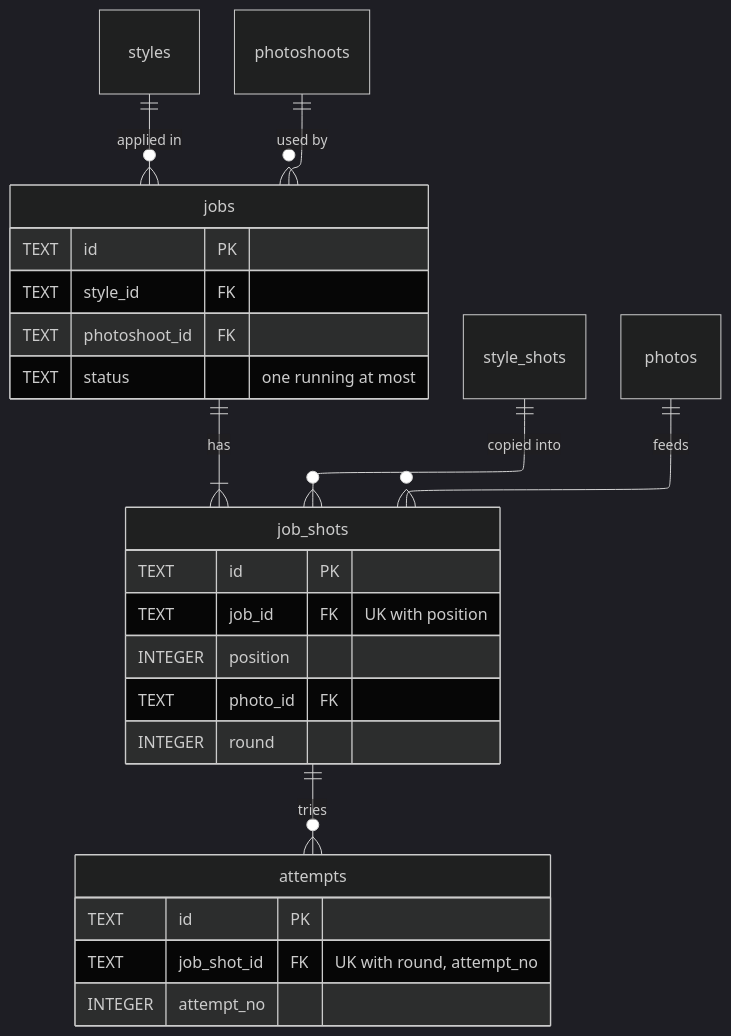
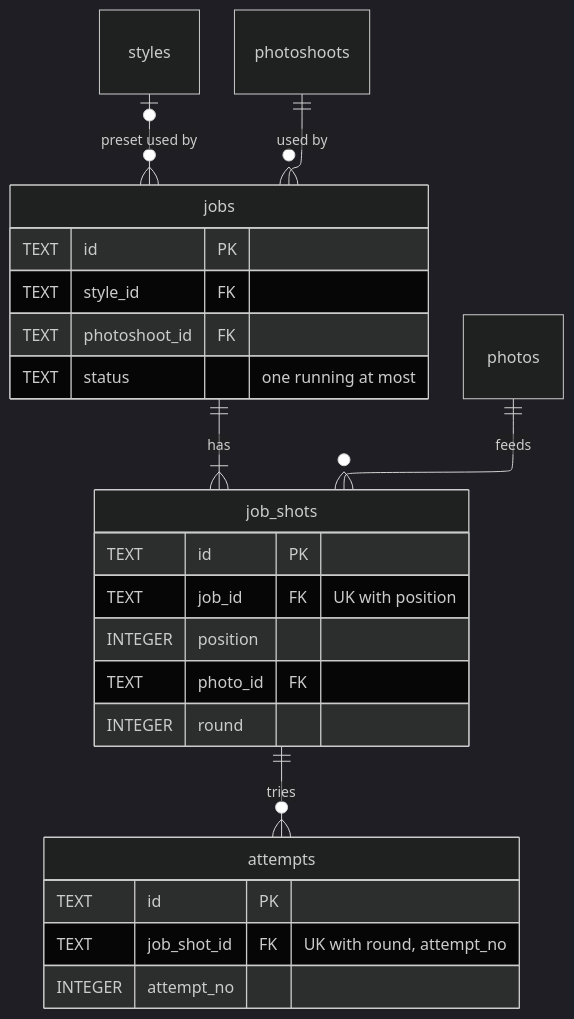
Before and after one commit to ThinkBuildMake/autohdr-photo-to-video: the seventh of 7 diagrams in docs/ARCHITECTURE.md, drawn with Mermaid (dark theme). The commit also changed other lines of this file and 5 other files, not shown here.

````diff
--- a/docs/ARCHITECTURE.md
+++ b/docs/ARCHITECTURE.md
@@ -347,35 +319,33 @@
 ```mermaid
 ---
 config:
   layout: elk
 ---
 erDiagram
   jobs {
     TEXT id PK
     TEXT style_id FK
     TEXT photoshoot_id FK
     TEXT status "one running at most"
   }
   job_shots {
     TEXT id PK
     TEXT job_id FK "UK with position"
     INTEGER position
     TEXT photo_id FK
     INTEGER round
   }
   attempts {
     TEXT id PK
     TEXT job_shot_id FK "UK with round, attempt_no"
     INTEGER attempt_no
   }
   styles
-  style_shots
   photoshoots
   photos
-  styles ||--o{ jobs : "applied in"
+  styles |o--o{ jobs : "preset used by"
   photoshoots ||--o{ jobs : "used by"
   jobs ||--|{ job_shots : has
-  style_shots ||--o{ job_shots : "copied into"
   photos ||--o{ job_shots : feeds
   job_shots ||--o{ attempts : tries
 ```
````
